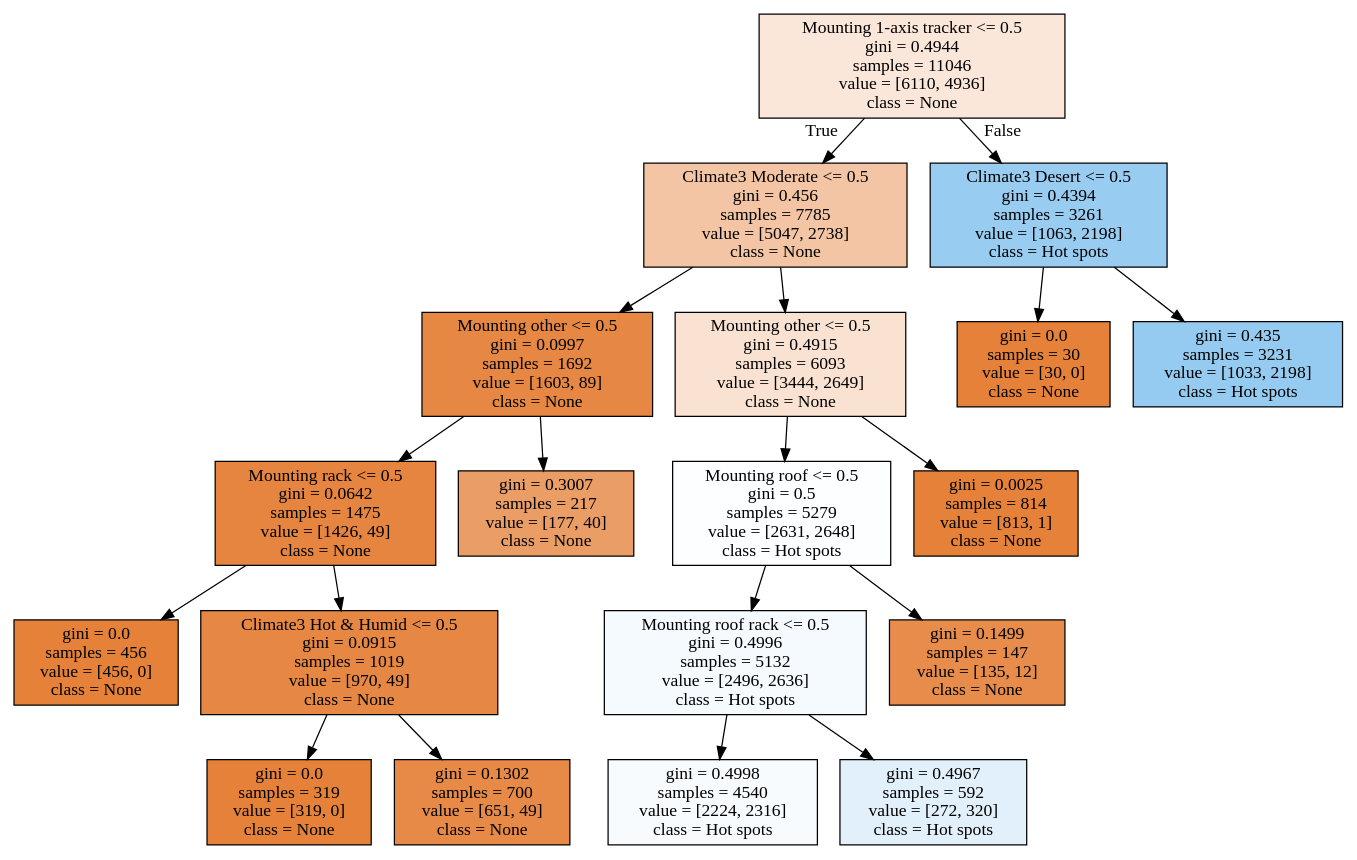
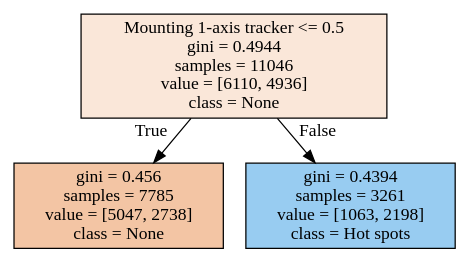
Before and after one commit to hackingmaterials/duramat: the diagram in degradation_modes/output/Cause Hot spots.dot, drawn with Graphviz. The commit also changed 17 other files, not shown here.

Commit message:
Added support for unweighted grouped bar charts for mounting and climate

```diff
--- a/degradation_modes/output/Cause Hot spots.dot
+++ b/degradation_modes/output/Cause Hot spots.dot
@@ -1,40 +1,8 @@
 digraph Tree {
 node [shape=box, style="filled", color="black"] ;
 0 [label="Mounting 1-axis tracker <= 0.5\ngini = 0.4944\nsamples = 11046\nvalue = [6110, 4936]\nclass = None", fillcolor="#e5813931"] ;
-1 [label="Climate3 Moderate <= 0.5\ngini = 0.456\nsamples = 7785\nvalue = [5047, 2738]\nclass = None", fillcolor="#e5813975"] ;
+1 [label="gini = 0.456\nsamples = 7785\nvalue = [5047, 2738]\nclass = None", fillcolor="#e5813975"] ;
 0 -> 1 [labeldistance=2.5, labelangle=45, headlabel="True"] ;
-2 [label="Mounting other <= 0.5\ngini = 0.0997\nsamples = 1692\nvalue = [1603, 89]\nclass = None", fillcolor="#e58139f1"] ;
-1 -> 2 ;
-3 [label="Mounting rack <= 0.5\ngini = 0.0642\nsamples = 1475\nvalue = [1426, 49]\nclass = None", fillcolor="#e58139f6"] ;
-2 -> 3 ;
-4 [label="gini = 0.0\nsamples = 456\nvalue = [456, 0]\nclass = None", fillcolor="#e58139ff"] ;
-3 -> 4 ;
-5 [label="Climate3 Hot & Humid <= 0.5\ngini = 0.0915\nsamples = 1019\nvalue = [970, 49]\nclass = None", fillcolor="#e58139f2"] ;
-3 -> 5 ;
-6 [label="gini = 0.0\nsamples = 319\nvalue = [319, 0]\nclass = None", fillcolor="#e58139ff"] ;
-5 -> 6 ;
-7 [label="gini = 0.1302\nsamples = 700\nvalue = [651, 49]\nclass = None", fillcolor="#e58139ec"] ;
-5 -> 7 ;
-8 [label="gini = 0.3007\nsamples = 217\nvalue = [177, 40]\nclass = None", fillcolor="#e58139c5"] ;
-2 -> 8 ;
-9 [label="Mounting other <= 0.5\ngini = 0.4915\nsamples = 6093\nvalue = [3444, 2649]\nclass = None", fillcolor="#e581393b"] ;
-1 -> 9 ;
-10 [label="Mounting roof <= 0.5\ngini = 0.5\nsamples = 5279\nvalue = [2631, 2648]\nclass = Hot spots", fillcolor="#399de502"] ;
-9 -> 10 ;
-11 [label="Mounting roof rack <= 0.5\ngini = 0.4996\nsamples = 5132\nvalue = [2496, 2636]\nclass = Hot spots", fillcolor="#399de50e"] ;
-10 -> 11 ;
-12 [label="gini = 0.4998\nsamples = 4540\nvalue = [2224, 2316]\nclass = Hot spots", fillcolor="#399de50a"] ;
-11 -> 12 ;
-13 [label="gini = 0.4967\nsamples = 592\nvalue = [272, 320]\nclass = Hot spots", fillcolor="#399de526"] ;
-11 -> 13 ;
-14 [label="gini = 0.1499\nsamples = 147\nvalue = [135, 12]\nclass = None", fillcolor="#e58139e8"] ;
-10 -> 14 ;
-15 [label="gini = 0.0025\nsamples = 814\nvalue = [813, 1]\nclass = None", fillcolor="#e58139ff"] ;
-9 -> 15 ;
-16 [label="Climate3 Desert <= 0.5\ngini = 0.4394\nsamples = 3261\nvalue = [1063, 2198]\nclass = Hot spots", fillcolor="#399de584"] ;
-0 -> 16 [labeldistance=2.5, labelangle=-45, headlabel="False"] ;
-17 [label="gini = 0.0\nsamples = 30\nvalue = [30, 0]\nclass = None", fillcolor="#e58139ff"] ;
-16 -> 17 ;
-18 [label="gini = 0.435\nsamples = 3231\nvalue = [1033, 2198]\nclass = Hot spots", fillcolor="#399de587"] ;
-16 -> 18 ;
+2 [label="gini = 0.4394\nsamples = 3261\nvalue = [1063, 2198]\nclass = Hot spots", fillcolor="#399de584"] ;
+0 -> 2 [labeldistance=2.5, labelangle=-45, headlabel="False"] ;
 }
```
